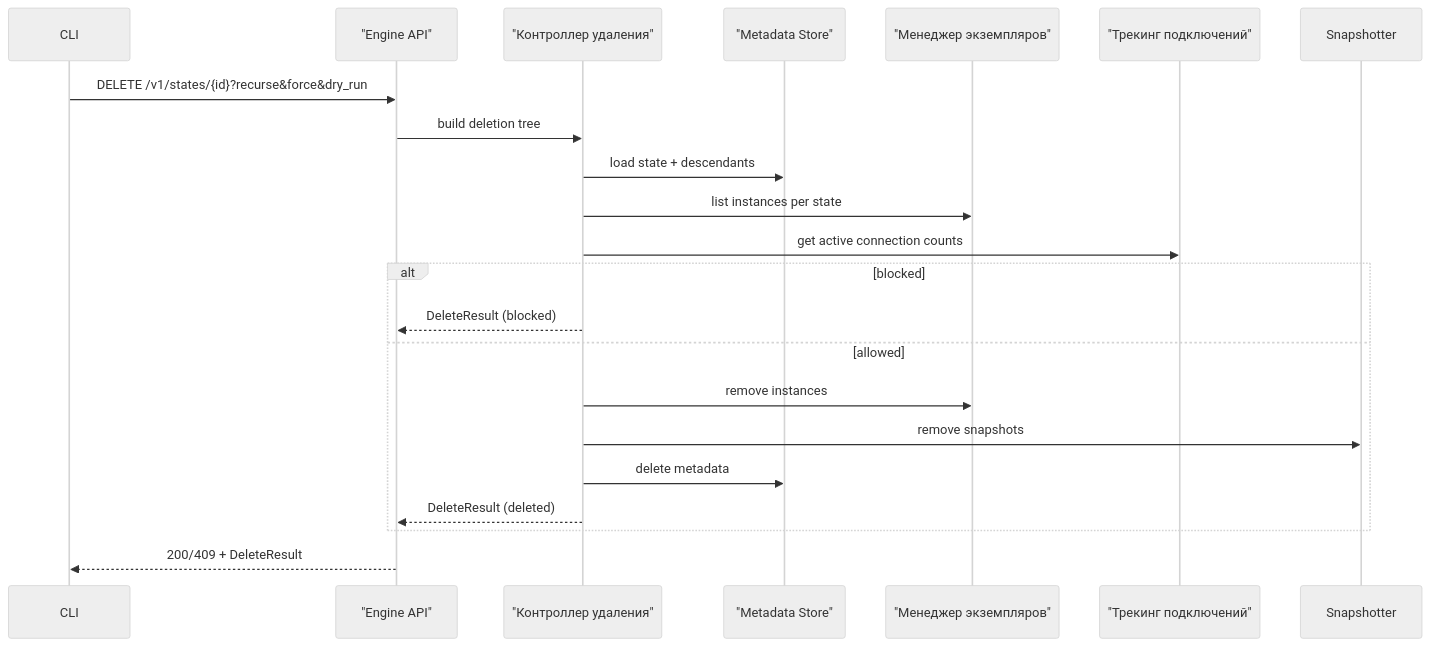
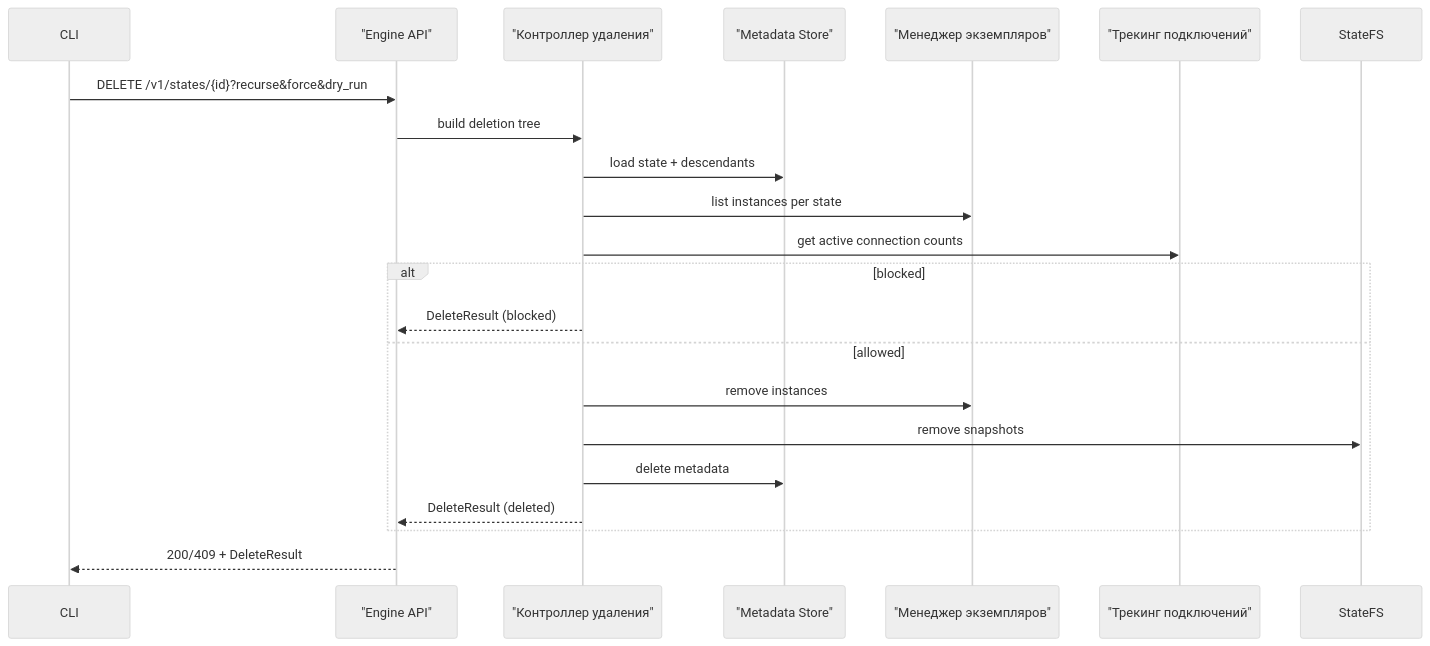
One commit to kimak-irmagi/taidon changed the fourth of 6 diagrams in docs/architecture/engine-internals.RU.md. Above: the diagram before and after it, drawn with Mermaid (neutral theme). The commit also changed other lines of this file and 29 other files, not shown here.

````diff
--- a/docs/architecture/engine-internals.RU.md
+++ b/docs/architecture/engine-internals.RU.md
@@ -258,25 +258,25 @@
 ```mermaid
 sequenceDiagram
   participant CLI as CLI
   participant API as "Engine API"
   participant DEL as "Контроллер удаления"
   participant STORE as "Metadata Store"
   participant INST as "Менеджер экземпляров"
   participant CONN as "Трекинг подключений"
-  participant SNAP as Snapshotter
+  participant SNAP as StateFS
 
   CLI->>API: DELETE /v1/states/{id}?recurse&force&dry_run
   API->>DEL: build deletion tree
   DEL->>STORE: load state + descendants
   DEL->>INST: list instances per state
   DEL->>CONN: get active connection counts
   alt blocked
     DEL-->>API: DeleteResult (blocked)
   else allowed
     DEL->>INST: remove instances
     DEL->>SNAP: remove snapshots
     DEL->>STORE: delete metadata
     DEL-->>API: DeleteResult (deleted)
   end
   API-->>CLI: 200/409 + DeleteResult
 ```
````
